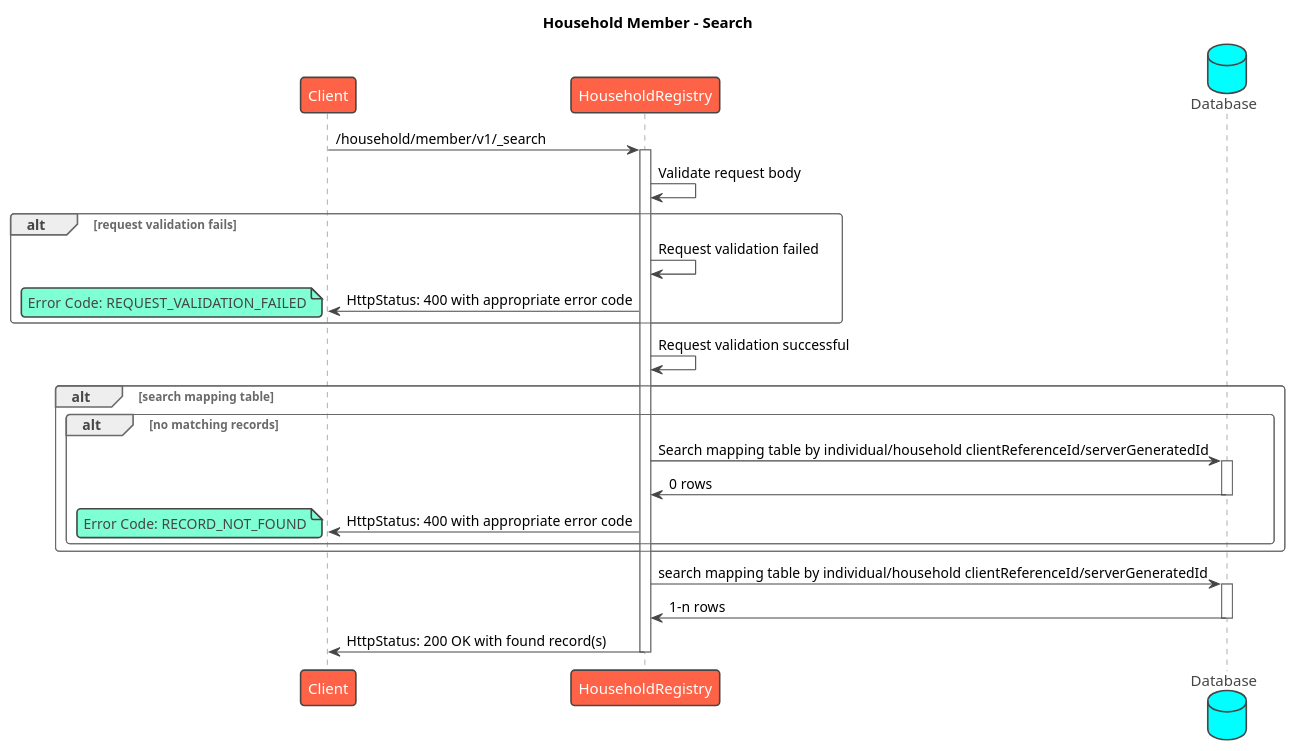
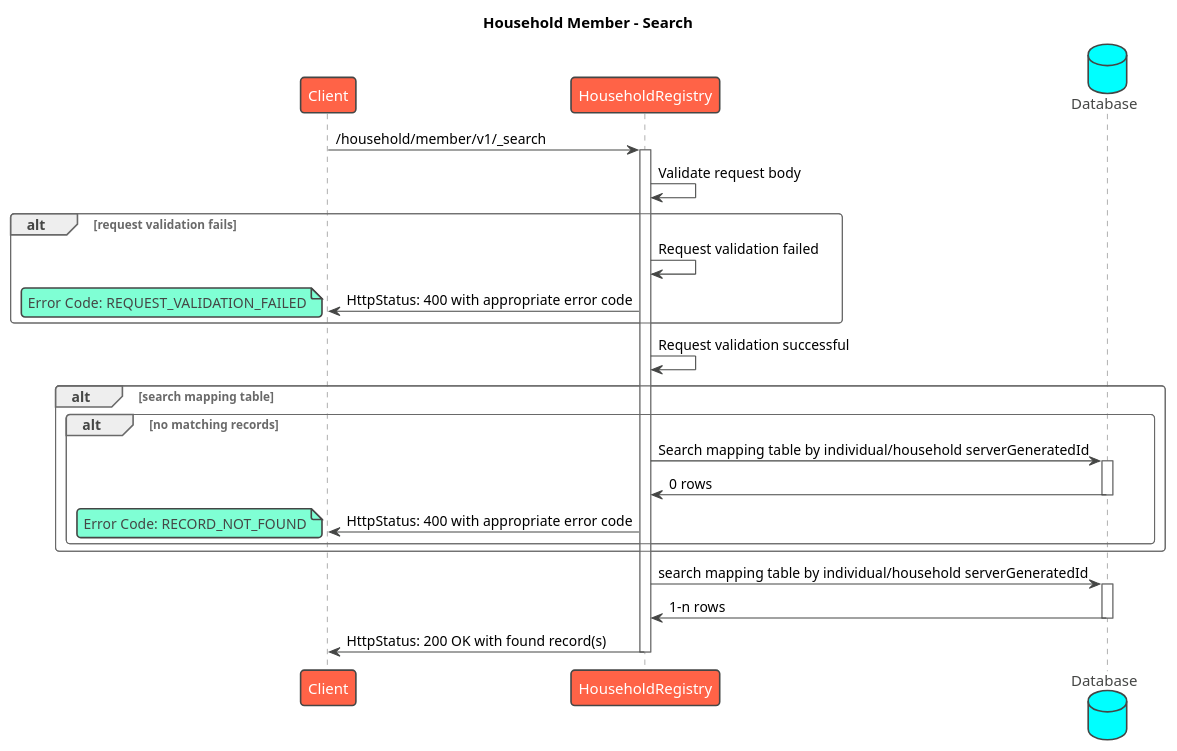
The diagram in contracts/registries/household/member/sequence/search.puml (egovernments/health-api-specs), drawn with PlantUML before and after one commit. The commit also changed 2 other files, not shown here.

Commit message:
Sequence: Removed clientReferenceId
- Client will now pick up server generatedId from the response

```diff
--- a/contracts/registries/household/member/sequence/search.puml
+++ b/contracts/registries/household/member/sequence/search.puml
@@ -1,37 +1,37 @@
 @startuml
 title Household Member - Search
 !theme vibrant
 participant Client as c
 participant HouseholdRegistry as s
 database Database as db
 c -> s : /household/member/v1/_search
 activate s
 s -> s: Validate request body
 alt request validation fails
     s -> s: Request validation failed
     s -> c: HttpStatus: 400 with appropriate error code
     note left
       Error Code: REQUEST_VALIDATION_FAILED
     end note
 end
 s -> s: Request validation successful
 alt search mapping table
     alt no matching records
-        s -> db: Search mapping table by individual/household clientReferenceId/serverGeneratedId
+        s -> db: Search mapping table by individual/household serverGeneratedId
         activate db
         db -> s: 0 rows
         deactivate db
         s -> c: HttpStatus: 400 with appropriate error code
         note left
           Error Code: RECORD_NOT_FOUND
         end note
     end
 end
 
-s -> db: search mapping table by individual/household clientReferenceId/serverGeneratedId
+s -> db: search mapping table by individual/household serverGeneratedId
 activate db
 db -> s: 1-n rows
 deactivate db
 s -> c: HttpStatus: 200 OK with found record(s)
 deactivate s
 @enduml
```
